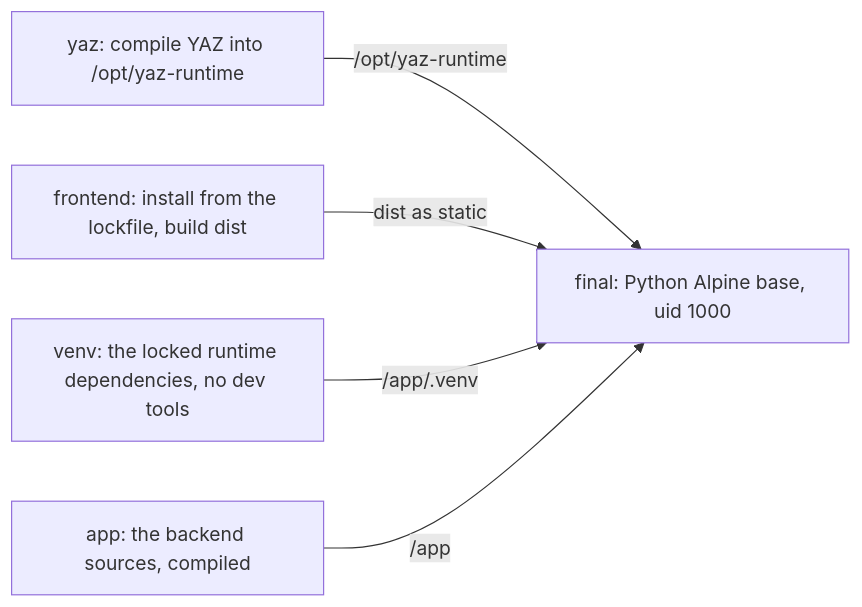
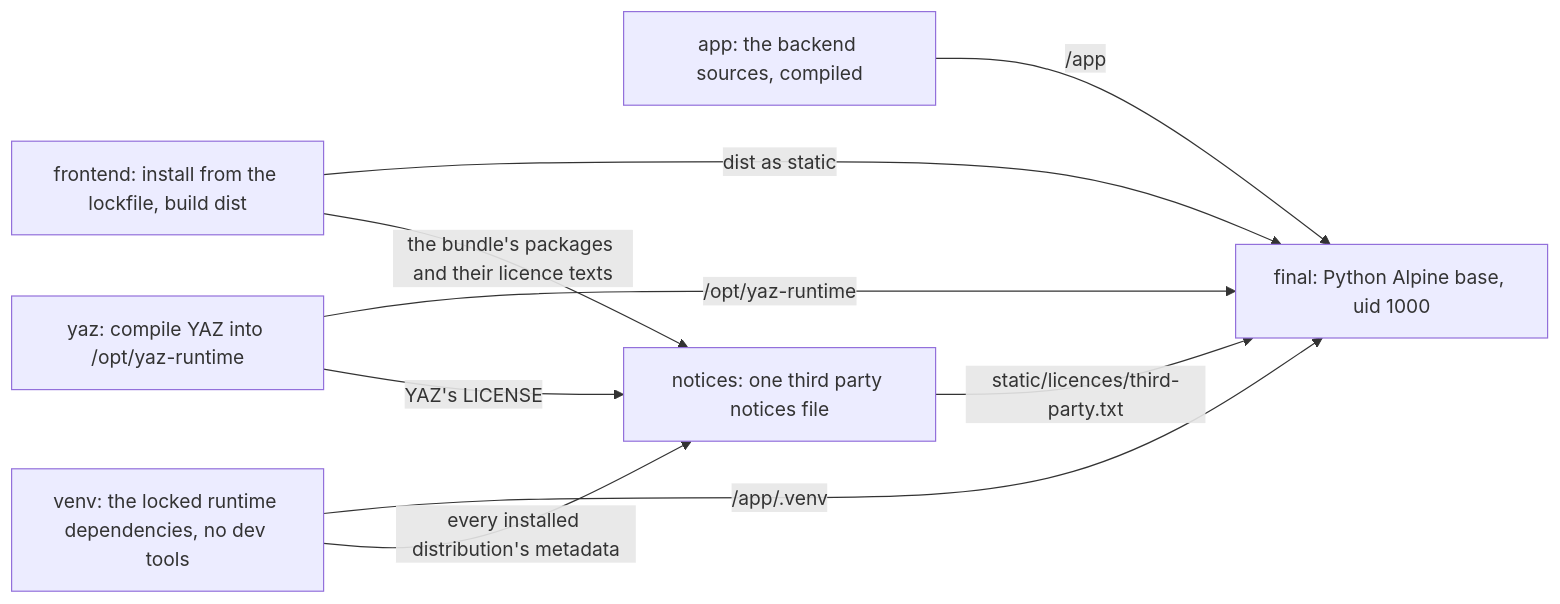
One commit to f-klement/endpaper changed the tenth of 10 diagrams in docs/architecture.md. Above: the diagram before and after it, drawn with Mermaid. The commit also changed other lines of this file and 86 other files, not shown here.

````diff
--- a/docs/architecture.md
+++ b/docs/architecture.md
@@ -811,12 +811,17 @@
 ```mermaid
 flowchart LR
   yaz["yaz: compile YAZ into /opt/yaz-runtime"]
   frontend["frontend: install from the lockfile, build dist"]
   venv["venv: the locked runtime dependencies, no dev tools"]
   appstage["app: the backend sources, compiled"]
+  notices["notices: one third party notices file"]
   final["final: Python Alpine base, uid 1000"]
   yaz -->|"/opt/yaz-runtime"| final
   frontend -->|"dist as static"| final
   venv -->|"/app/.venv"| final
   appstage -->|"/app"| final
+  frontend -->|"the bundle's packages and their licence texts"| notices
+  venv -->|"every installed distribution's metadata"| notices
+  yaz -->|"YAZ's LICENSE"| notices
+  notices -->|"static/licences/third-party.txt"| final
 ```
````
